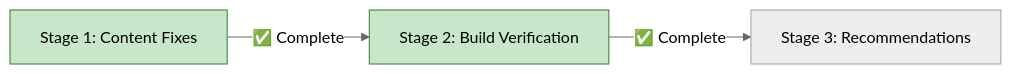
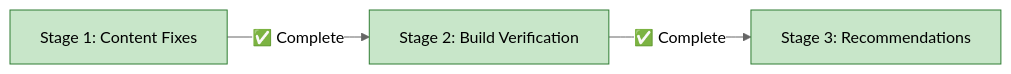
Before and after one commit to info-tech-io/info-tech-io.github.io: the diagram in docs/proposals/9-fix-documentation-build-errors/progress.md, drawn with Mermaid (neutral theme). The commit also changed other lines of this file and 1 other file, not shown here.

````diff
--- a/docs/proposals/9-fix-documentation-build-errors/progress.md
+++ b/docs/proposals/9-fix-documentation-build-errors/progress.md
@@ -12,13 +13,13 @@
 ```mermaid
 graph LR
     A[Stage 1: Content Fixes] -->|✅ Complete| B[Stage 2: Build Verification]
     B -->|✅ Complete| C[Stage 3: Recommendations]
 
     style A fill:#c8e6c9,stroke:#2e7d32
     style B fill:#c8e6c9,stroke:#2e7d32
-    style C fill:#eeeeee,stroke:#9e9e9e
+    style C fill:#c8e6c9,stroke:#2e7d32
 
     click A "001-content-fixes.md"
     click B "002-build-verification.md"
     click C "003-hugo-templates-recommendations.md"
 ```
````
